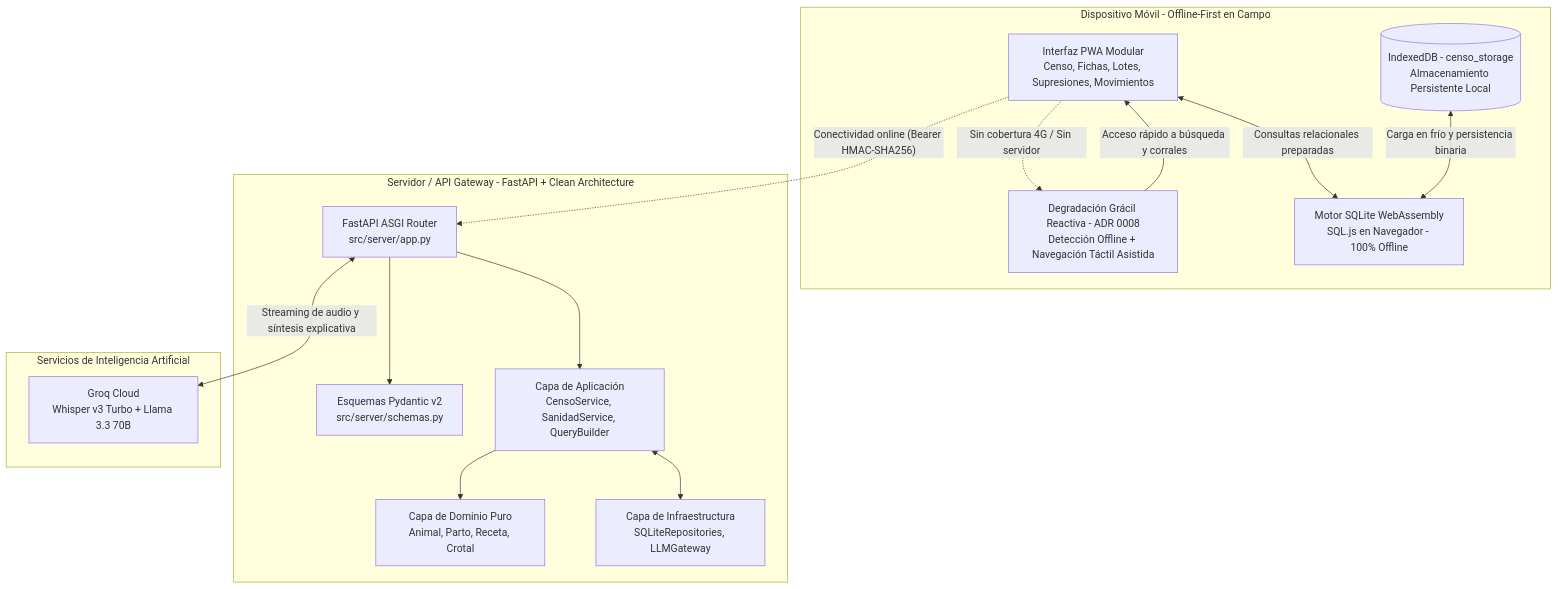
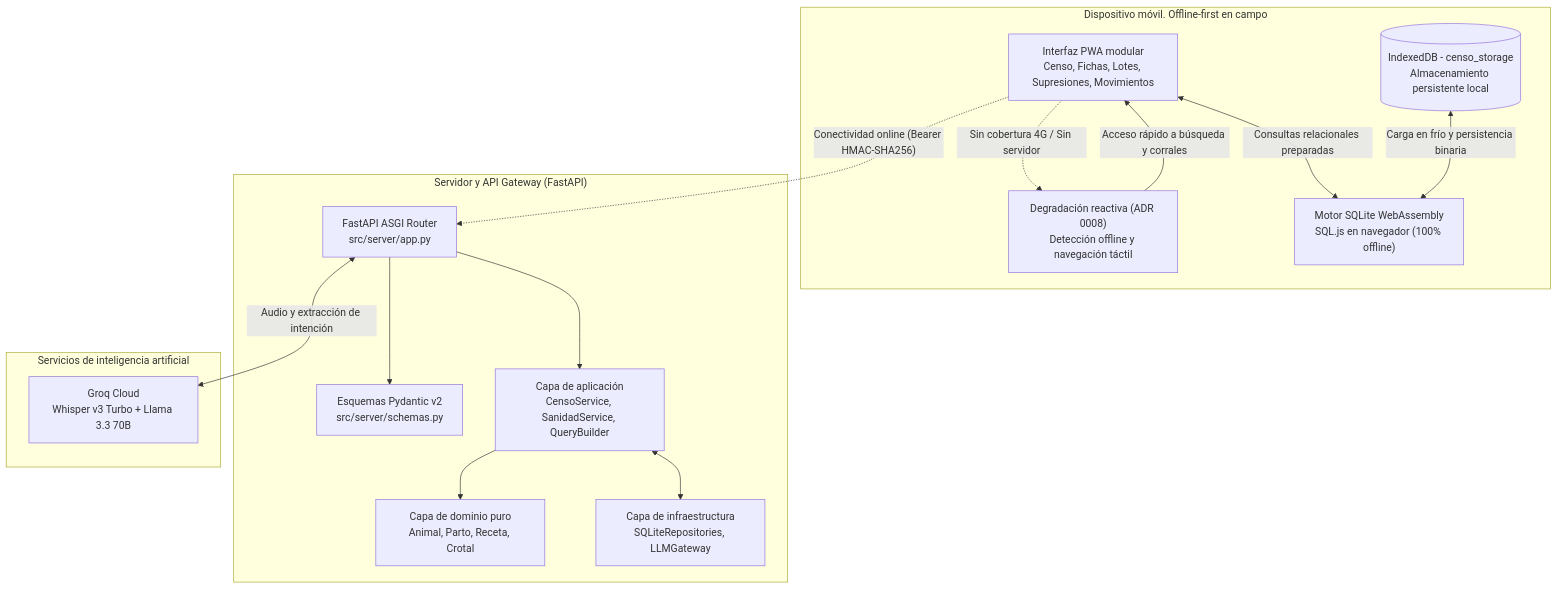
One commit to Alvaro137/ganaderos changed the diagram in README.md. Above: the diagram before and after it, drawn with Mermaid. The commit also changed other lines of this file and 11 other files, not shown here.

````diff
--- a/README.md
+++ b/README.md
@@ -5,33 +5,33 @@
 ```mermaid
 flowchart TD
-    subgraph SUB_CLIENTE["Dispositivo Móvil - Offline-First en Campo"]
-        UI["Interfaz PWA Modular<br>Censo, Fichas, Lotes, Supresiones, Movimientos"]
-        GRACEFUL["Degradación Grácil Reactiva - ADR 0008<br>Detección Offline + Navegación Táctil Asistida"]
-        WASM["Motor SQLite WebAssembly<br>SQL.js en Navegador - 100% Offline"]
-        IDB[("IndexedDB - censo_storage<br>Almacenamiento Persistente Local")]
+    subgraph SUB_CLIENTE["Dispositivo móvil. Offline-first en campo"]
+        UI["Interfaz PWA modular<br>Censo, Fichas, Lotes, Supresiones, Movimientos"]
+        GRACEFUL["Degradación reactiva (ADR 0008)<br>Detección offline y navegación táctil"]
+        WASM["Motor SQLite WebAssembly<br>SQL.js en navegador (100% offline)"]
+        IDB[("IndexedDB - censo_storage<br>Almacenamiento persistente local")]
 
         UI <-->|Consultas relacionales preparadas| WASM
         UI -.->|Sin cobertura 4G / Sin servidor| GRACEFUL
         GRACEFUL -->|Acceso rápido a búsqueda y corrales| UI
         IDB <-->|Carga en frío y persistencia binaria| WASM
     end
 
-    subgraph SUB_SERVER["Servidor / API Gateway - FastAPI + Clean Architecture"]
+    subgraph SUB_SERVER["Servidor y API Gateway (FastAPI)"]
         API["FastAPI ASGI Router<br>src/server/app.py"]
         SCHEMAS["Esquemas Pydantic v2<br>src/server/schemas.py"]
-        APP["Capa de Aplicación<br>CensoService, SanidadService, QueryBuilder"]
-        DOM["Capa de Dominio Puro<br>Animal, Parto, Receta, Crotal"]
-        INFRA["Capa de Infraestructura<br>SQLiteRepositories, LLMGateway"]
+        APP["Capa de aplicación<br>CensoService, SanidadService, QueryBuilder"]
+        DOM["Capa de dominio puro<br>Animal, Parto, Receta, Crotal"]
+        INFRA["Capa de infraestructura<br>SQLiteRepositories, LLMGateway"]
 
         UI -.->|"Conectividad online (Bearer HMAC-SHA256)"| API
         API --> SCHEMAS
         API --> APP
         APP --> DOM
         APP <--> INFRA
     end
 
-    subgraph SUB_AI["Servicios de Inteligencia Artificial"]
+    subgraph SUB_AI["Servicios de inteligencia artificial"]
         GROQ["Groq Cloud<br>Whisper v3 Turbo + Llama 3.3 70B"]
-        API <-->|Streaming de audio y síntesis explicativa| GROQ
+        API <-->|Audio y extracción de intención| GROQ
     end
 ```
````
